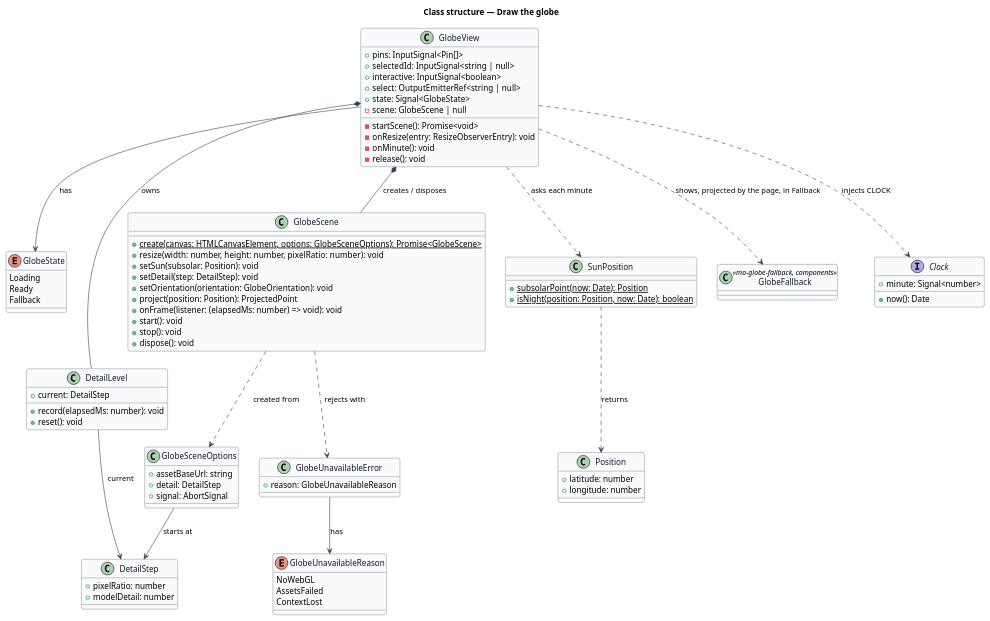
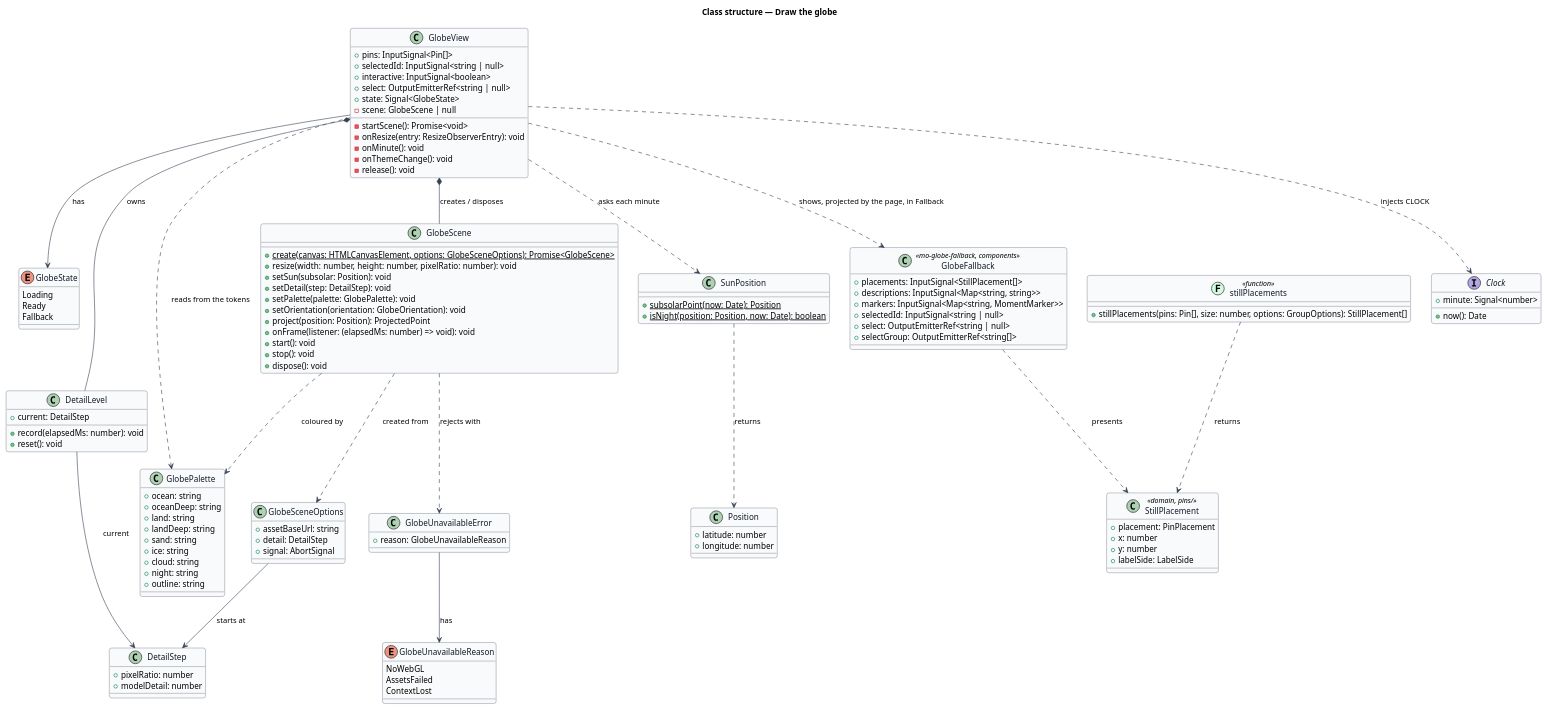
Before and after one commit to QuinntyneBrown/Mondino: the diagram in docs/detailed-designs/globe/draw-globe/diagrams/class-structure.puml, drawn with PlantUML. The commit also changed 91 other files, not shown here.

```diff
--- a/docs/detailed-designs/globe/draw-globe/diagrams/class-structure.puml
+++ b/docs/detailed-designs/globe/draw-globe/diagrams/class-structure.puml
@@ -1,103 +1,138 @@
 @startuml
 skinparam backgroundColor #FFFFFF
 skinparam shadowing false
 skinparam roundcorner 8
 skinparam defaultFontName Arial
 skinparam ArrowColor #344054
 skinparam class {
   BorderColor #344054
   FontColor #101828
   BackgroundColor #F9FAFB
 }
 title Class structure — Draw the globe
 
 enum GlobeState {
   Loading
   Ready
   Fallback
 }
 
 enum GlobeUnavailableReason {
   NoWebGL
   AssetsFailed
   ContextLost
 }
 
 class GlobeView {
   +pins: InputSignal<Pin[]>
   +selectedId: InputSignal<string | null>
   +interactive: InputSignal<boolean>
   +select: OutputEmitterRef<string | null>
   +state: Signal<GlobeState>
   -scene: GlobeScene | null
   -startScene(): Promise<void>
   -onResize(entry: ResizeObserverEntry): void
   -onMinute(): void
+  -onThemeChange(): void
   -release(): void
 }
 
 class GlobeScene {
   {static} +create(canvas: HTMLCanvasElement, options: GlobeSceneOptions): Promise<GlobeScene>
   +resize(width: number, height: number, pixelRatio: number): void
   +setSun(subsolar: Position): void
   +setDetail(step: DetailStep): void
+  +setPalette(palette: GlobePalette): void
   +setOrientation(orientation: GlobeOrientation): void
   +project(position: Position): ProjectedPoint
   +onFrame(listener: (elapsedMs: number) => void): void
   +start(): void
   +stop(): void
   +dispose(): void
 }
 
 class GlobeSceneOptions {
   +assetBaseUrl: string
   +detail: DetailStep
   +signal: AbortSignal
 }
 
 class GlobeUnavailableError {
   +reason: GlobeUnavailableReason
 }
 
 class SunPosition {
   {static} +subsolarPoint(now: Date): Position
   {static} +isNight(position: Position, now: Date): boolean
 }
 
 class DetailLevel {
   +current: DetailStep
   +record(elapsedMs: number): void
   +reset(): void
 }
 
 class DetailStep {
   +pixelRatio: number
   +modelDetail: number
 }
 
 class GlobeFallback <<mo-globe-fallback, components>> {
+  +placements: InputSignal<StillPlacement[]>
+  +descriptions: InputSignal<Map<string, string>>
+  +markers: InputSignal<Map<string, MomentMarker>>
+  +selectedId: InputSignal<string | null>
+  +select: OutputEmitterRef<string | null>
+  +selectGroup: OutputEmitterRef<string[]>
+}
+
+class StillPlacement <<domain, pins/>> {
+  +placement: PinPlacement
+  +x: number
+  +y: number
+  +labelSide: LabelSide
+}
+
+class "stillPlacements" as stillPlacements << (F,#D1FADF) function >> {
+  +stillPlacements(pins: Pin[], size: number, options: GroupOptions): StillPlacement[]
+}
+
+class GlobePalette {
+  +ocean: string
+  +oceanDeep: string
+  +land: string
+  +landDeep: string
+  +sand: string
+  +ice: string
+  +cloud: string
+  +night: string
+  +outline: string
 }
 
 interface Clock {
   +now(): Date
   +minute: Signal<number>
 }
 
 class Position {
   +latitude: number
   +longitude: number
 }
 
 GlobeView *-- GlobeScene : creates / disposes
 GlobeView *-- DetailLevel : owns
 GlobeView --> GlobeState : has
 GlobeView ..> SunPosition : asks each minute
 GlobeView ..> Clock : injects CLOCK
 GlobeView ..> GlobeFallback : shows, projected by the page, in Fallback
 GlobeScene ..> GlobeSceneOptions : created from
 GlobeScene ..> GlobeUnavailableError : rejects with
 GlobeUnavailableError --> GlobeUnavailableReason : has
 DetailLevel --> DetailStep : current
 GlobeSceneOptions --> DetailStep : starts at
 SunPosition ..> Position : returns
+GlobeView ..> GlobePalette : reads from the tokens
+GlobeScene ..> GlobePalette : coloured by
+stillPlacements ..> StillPlacement : returns
+GlobeFallback ..> StillPlacement : presents
 @enduml
```
